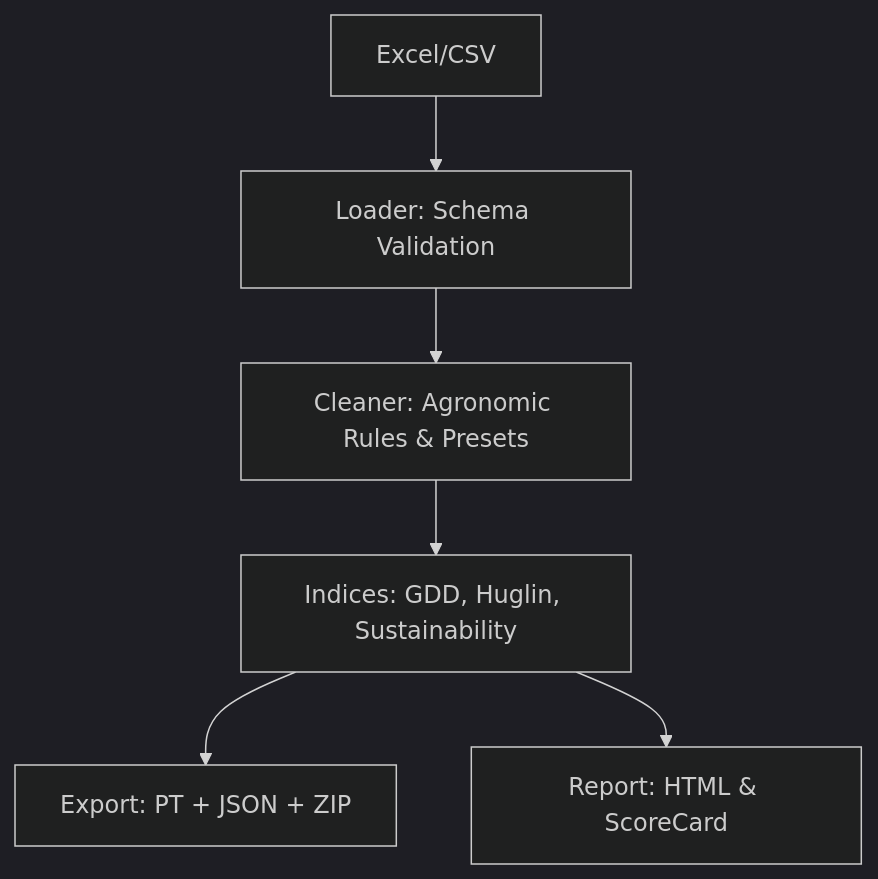
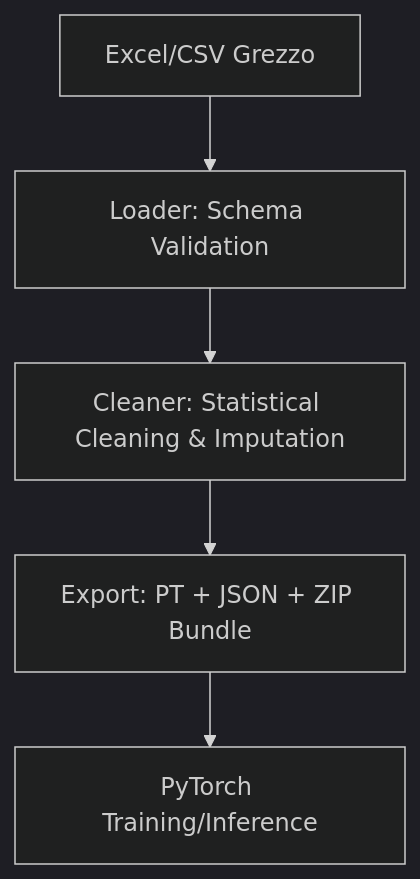
Before and after one commit to francesco5252/agripipe: the diagram in README.md, drawn with Mermaid (dark theme). The commit also changed other lines of this file and 10 other files, not shown here.

Commit message:
refactor: pivot to pure ML-Ops pipeline (remove sustainability/indices)

````diff
--- a/README.md
+++ b/README.md
@@ -85,8 +63,7 @@
 ```mermaid
 graph TD
-    A[Excel/CSV] --> B[Loader: Schema Validation]
-    B --> C[Cleaner: Agronomic Rules & Presets]
-    C --> D[Indices: GDD, Huglin, Sustainability]
-    D --> E[Export: PT + JSON + ZIP]
-    D --> F[Report: HTML & ScoreCard]
+    A[Excel/CSV Grezzo] --> B[Loader: Schema Validation]
+    B --> C[Cleaner: Statistical Cleaning & Imputation]
+    C --> D[Export: PT + JSON + ZIP Bundle]
+    D --> E[PyTorch Training/Inference]
 ```
````
